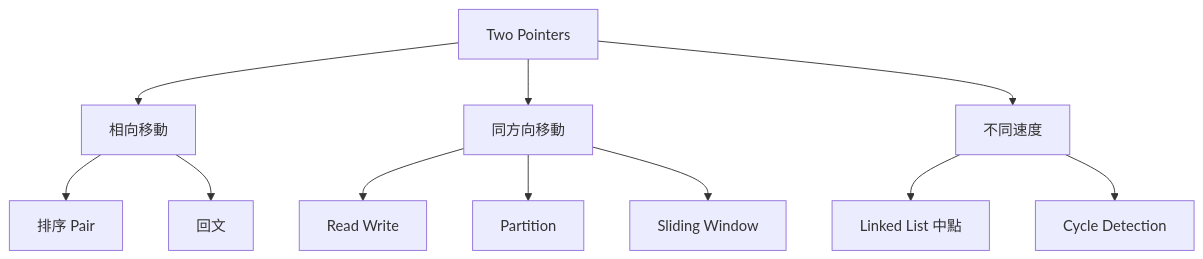
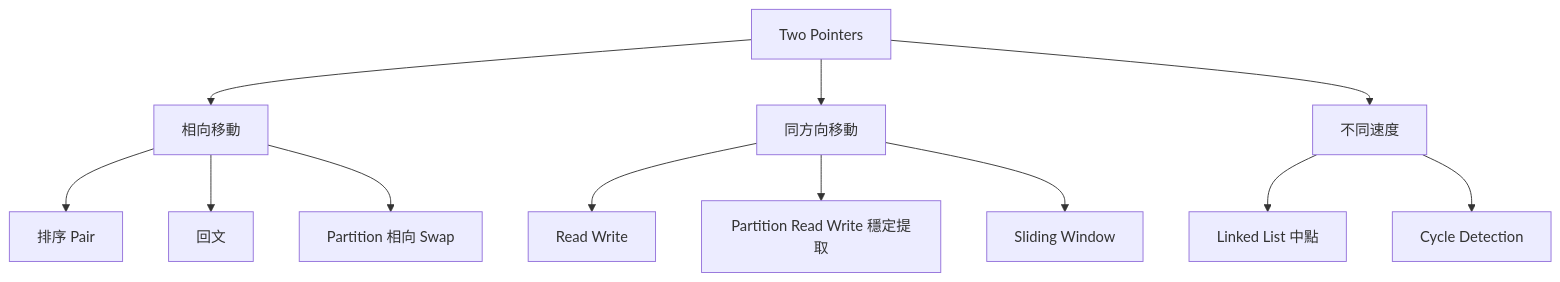
Before and after one commit to davidchen0970/algorithm_note: the first of 15 diagrams in 03_core_patterns/12_two_pointers.md, drawn with Mermaid. The commit also changed other lines of this file, not shown here.

````diff
--- a/03_core_patterns/12_two_pointers.md
+++ b/03_core_patterns/12_two_pointers.md
@@ -79,13 +79,14 @@
 ```mermaid
 flowchart TD
     A[Two Pointers] --> B[相向移動]
     A --> C[同方向移動]
     A --> D[不同速度]
     B --> B1[排序 Pair]
     B --> B2[回文]
+    B --> B3[Partition 相向 Swap]
     C --> C1[Read Write]
-    C --> C2[Partition]
+    C --> C2[Partition Read Write 穩定提取]
     C --> C3[Sliding Window]
     D --> D1[Linked List 中點]
     D --> D2[Cycle Detection]
 ```
````
